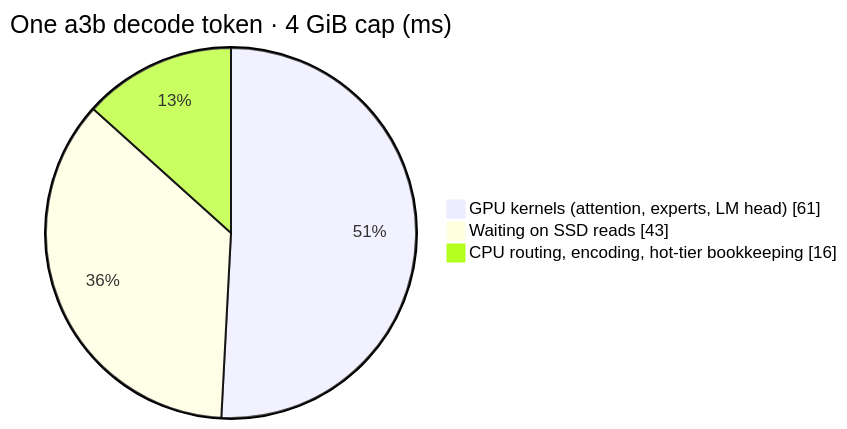
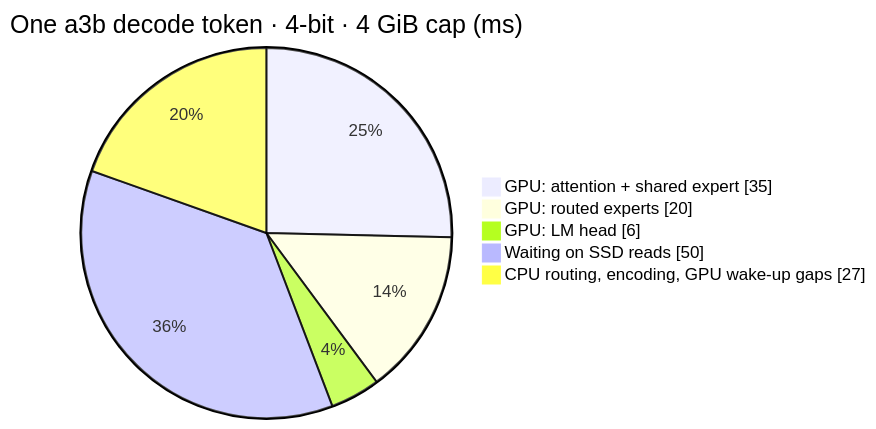
Before and after one commit to transybao1393/streamoe: the fifth of 8 diagrams in README.md, drawn with Mermaid. The commit also changed other lines of this file and 1 other file, not shown here.

First line of the commit message:
docs: README numbers from one test setup; data-flow diagram

````diff
--- a/README.md
+++ b/README.md
@@ -292,7 +244,9 @@
 ```mermaid
 pie showData
-    title One a3b decode token · 4 GiB cap (ms)
-    "GPU kernels (attention, experts, LM head)" : 61
-    "Waiting on SSD reads" : 43
-    "CPU routing, encoding, hot-tier bookkeeping" : 16
+    title One a3b decode token · 4-bit · 4 GiB cap (ms)
+    "GPU: attention + shared expert" : 35
+    "GPU: routed experts" : 20
+    "GPU: LM head" : 6
+    "Waiting on SSD reads" : 50
+    "CPU routing, encoding, GPU wake-up gaps" : 27
 ```
````
